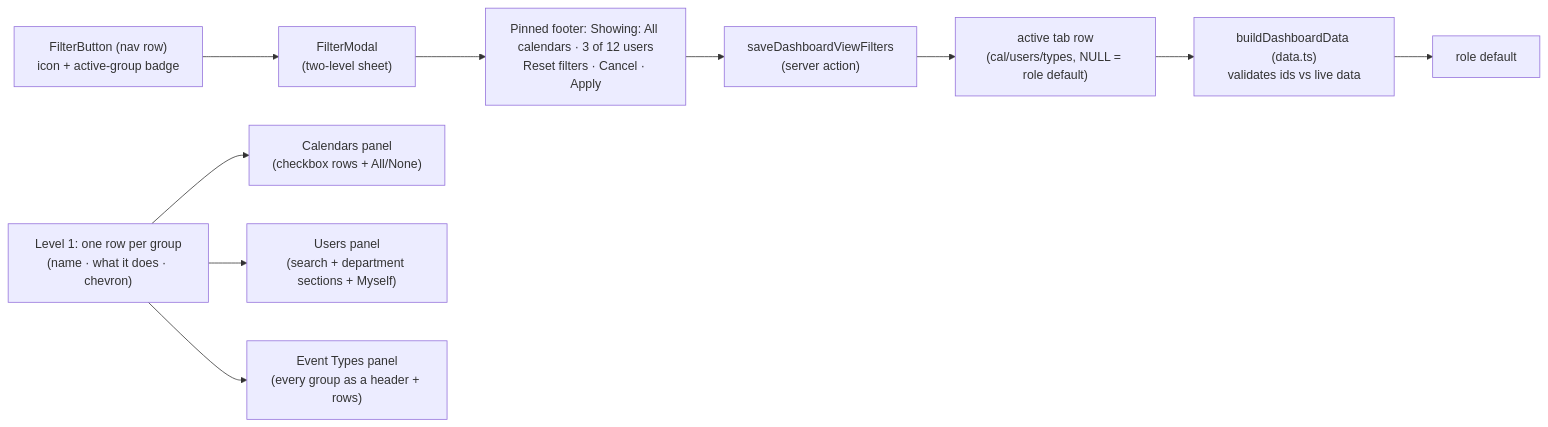
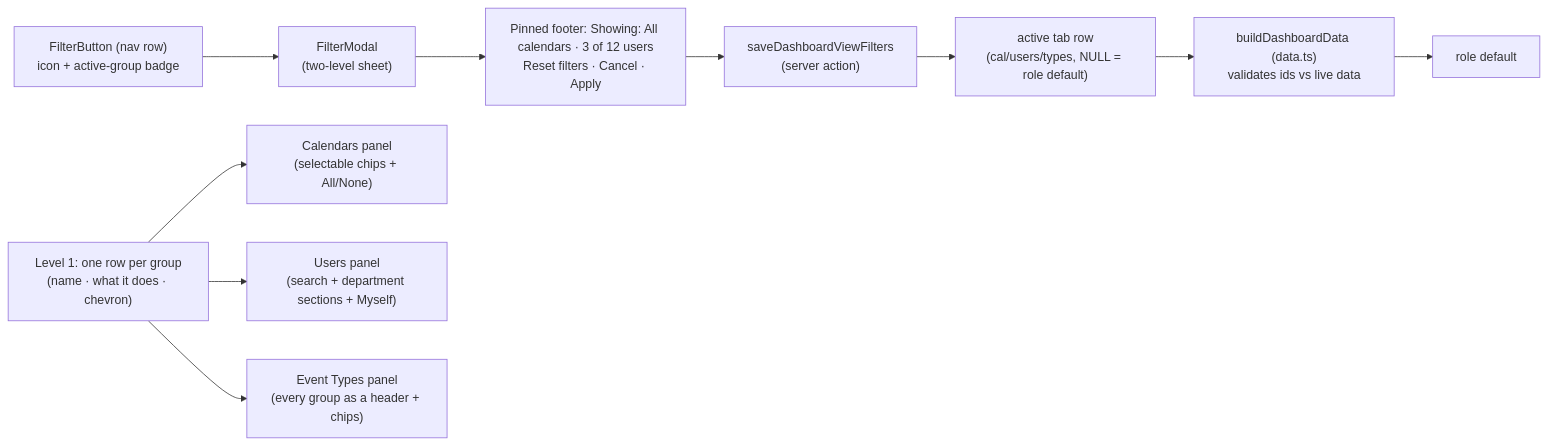
One commit to oncloudnintynineone-source/cloudy2 changed the second of 8 diagrams in docs/dashboard-views.md. Above: the diagram before and after it, drawn with Mermaid. The commit also changed other lines of this file and 30 other files, not shown here.

First line of the commit message:
Filter dialog lists its options as selectable chips (1.437)

````diff
--- a/docs/dashboard-views.md
+++ b/docs/dashboard-views.md
@@ -748,13 +753,13 @@
 ```mermaid
 flowchart LR
  FB["FilterButton (nav row)<br/>icon + active-group badge"] --> FM["FilterModal<br/>(two-level sheet)"]
  ROWS["Level 1: one row per group<br/>(name · what it does · chevron)"]
-	ROWS --> CAL["Calendars panel<br/>(checkbox rows + All/None)"]
+	ROWS --> CAL["Calendars panel<br/>(selectable chips + All/None)"]
  ROWS --> US["Users panel<br/>(search + department sections + Myself)"]
- ROWS --> ET["Event Types panel<br/>(every group as a header + rows)"]
+ ROWS --> ET["Event Types panel<br/>(every group as a header + chips)"]
  FM --> FOOT["Pinned footer: Showing: All calendars · 3 of 12 users<br/>Reset filters · Cancel · Apply"]
  FOOT --> APPLY["saveDashboardViewFilters<br/>(server action)"]
  APPLY --> ROW["active tab row<br/>(cal/users/types, NULL = role default)"]
  ROW --> RESOLVE["buildDashboardData (data.ts)<br/>validates ids vs live data"]
  RESOLVE --> DEF["role default"]
 ```
````
